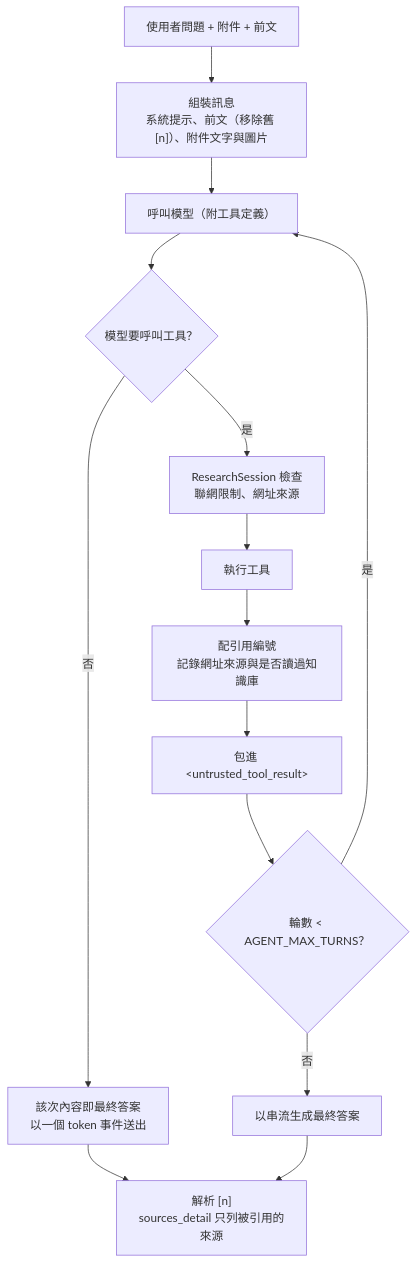
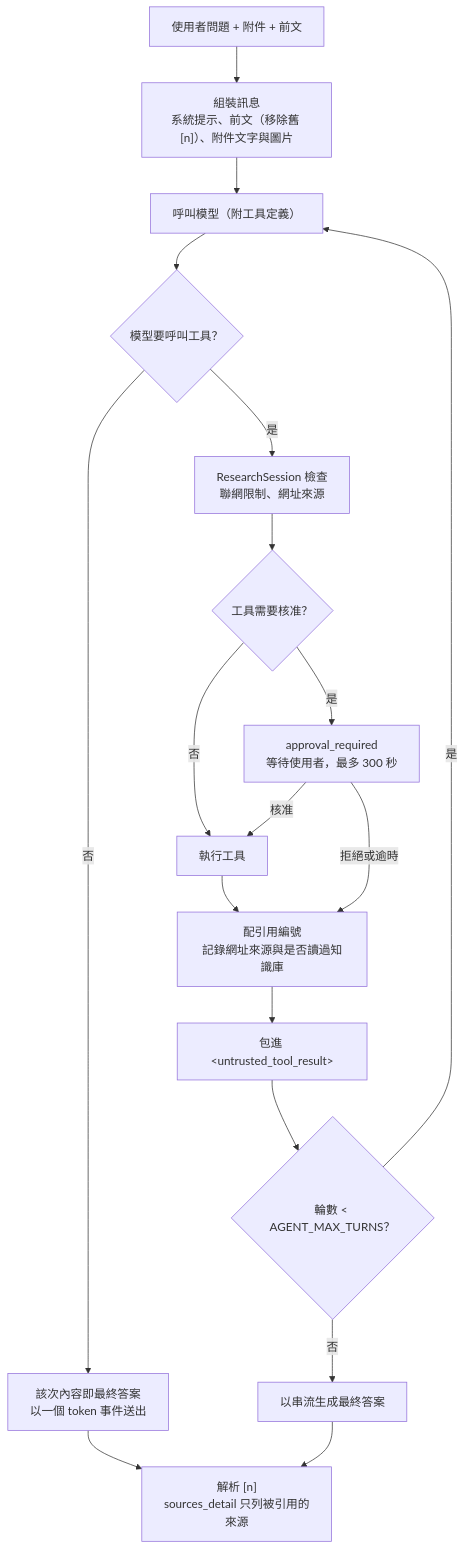
Before and after one commit to Scorpio-meow/AskMiao: the sixth of 9 diagrams in docs/architecture.md, drawn with Mermaid. The commit also changed other lines of this file and 84 other files, not shown here.

````diff
--- a/docs/architecture.md
+++ b/docs/architecture.md
@@ -334,15 +341,19 @@
 ```mermaid
 flowchart TB
     Q["使用者問題 + 附件 + 前文"] --> Build["組裝訊息<br/>系統提示、前文（移除舊 [n]）、附件文字與圖片"]
     Build --> Call["呼叫模型（附工具定義）"]
     Call --> HasTools{"模型要呼叫工具？"}
     HasTools -->|否| Answer["該次內容即最終答案<br/>以一個 token 事件送出"]
     HasTools -->|是| Check["ResearchSession 檢查<br/>聯網限制、網址來源"]
-    Check --> Exec["執行工具"]
+    Check --> Approve{"工具需要核准？"}
+    Approve -->|否| Exec["執行工具"]
+    Approve -->|是| Ask["approval_required<br/>等待使用者，最多 300 秒"]
+    Ask -->|核准| Exec
+    Ask -->|拒絕或逾時| Record
     Exec --> Record["配引用編號<br/>記錄網址來源與是否讀過知識庫"]
     Record --> Wrap["包進 &lt;untrusted_tool_result&gt;"]
     Wrap --> More{"輪數 < AGENT_MAX_TURNS？"}
     More -->|是| Call
     More -->|否| Stream["以串流生成最終答案"]
     Answer & Stream --> Cite["解析 [n]<br/>sources_detail 只列被引用的來源"]
 ```
````
